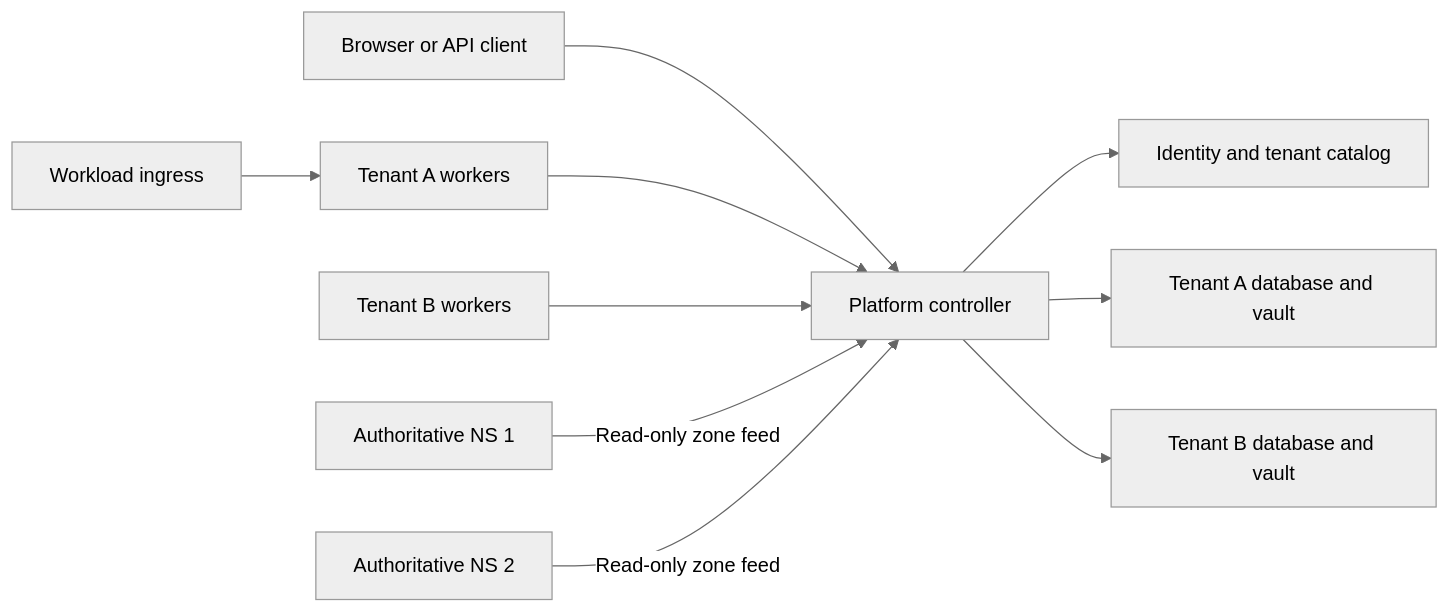
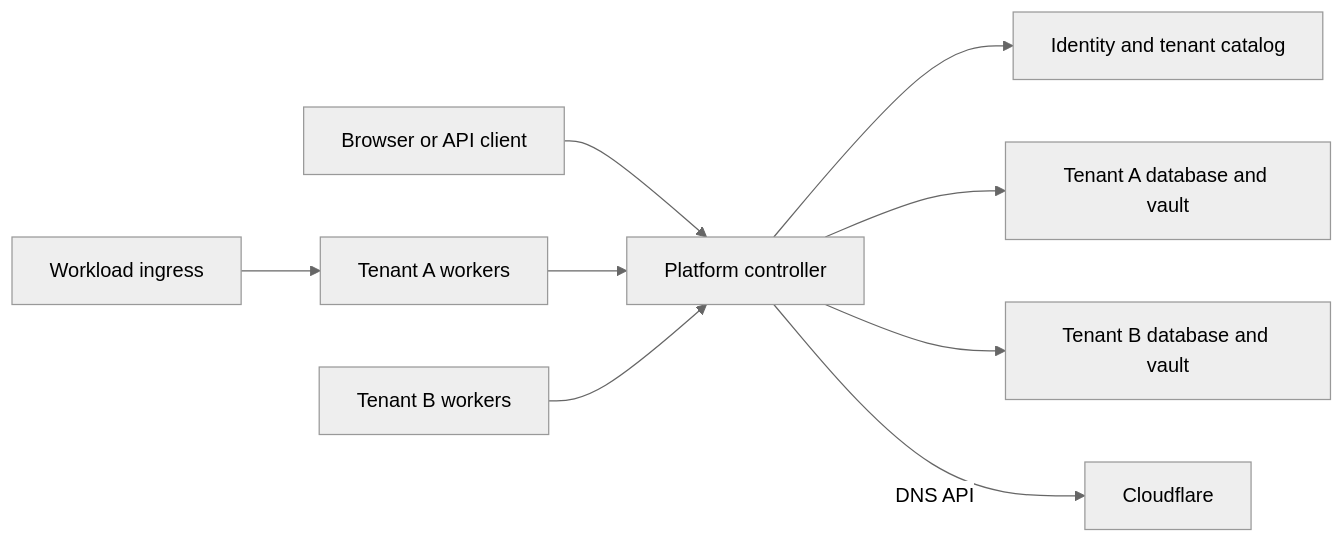
Before and after one commit to Doout/dispatch: the diagram in docs/hosted-tenants.md, drawn with Mermaid (neutral theme). The commit also changed other lines of this file and 32 other files, not shown here.

````diff
--- a/docs/hosted-tenants.md
+++ b/docs/hosted-tenants.md
@@ -21,12 +21,11 @@
 ```mermaid
 flowchart LR
   B[Browser or API client] --> P[Platform controller]
   P --> C[Identity and tenant catalog]
   P --> A[Tenant A database and vault]
   P --> D[Tenant B database and vault]
   WA[Tenant A workers] --> P
   WB[Tenant B workers] --> P
-  N1[Authoritative NS 1] -->|Read-only zone feed| P
-  N2[Authoritative NS 2] -->|Read-only zone feed| P
+  P -->|DNS API| CF[Cloudflare]
   I[Workload ingress] --> WA
 ```
````
